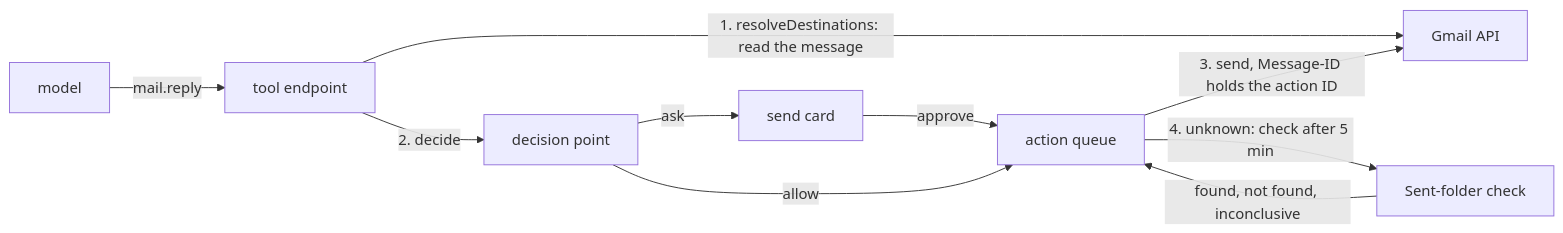
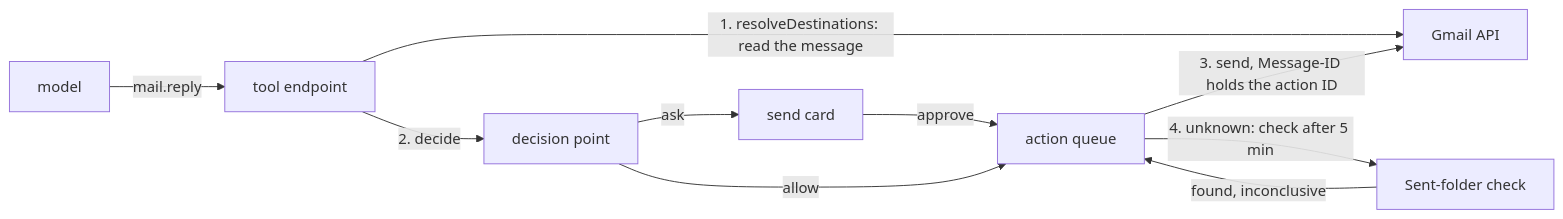
One commit to zgeoff/nixie changed the diagram in docs/design/queue/gmail-calendar-drive-tools.md. Above: the diagram before and after it, drawn with Mermaid. The commit also changed other lines of this file, not shown here.

````diff
--- a/docs/design/queue/gmail-calendar-drive-tools.md
+++ b/docs/design/queue/gmail-calendar-drive-tools.md
@@ -24,12 +25,12 @@
 ```mermaid
 flowchart LR
   model[model] -->|"mail.reply"| endpoint[tool endpoint]
   endpoint -->|"1. resolveDestinations: read the message"| gmail[Gmail API]
   endpoint -->|"2. decide"| dp[decision point]
   dp -->|ask| card[send card]
   card -->|approve| queue[action queue]
   dp -->|allow| queue
   queue -->|"3. send, Message-ID holds the action ID"| gmail
   queue -->|"4. unknown: check after 5 min"| sent[Sent-folder check]
-  sent -->|"found, not found, inconclusive"| queue
+  sent -->|"found, inconclusive"| queue
 ```
````
